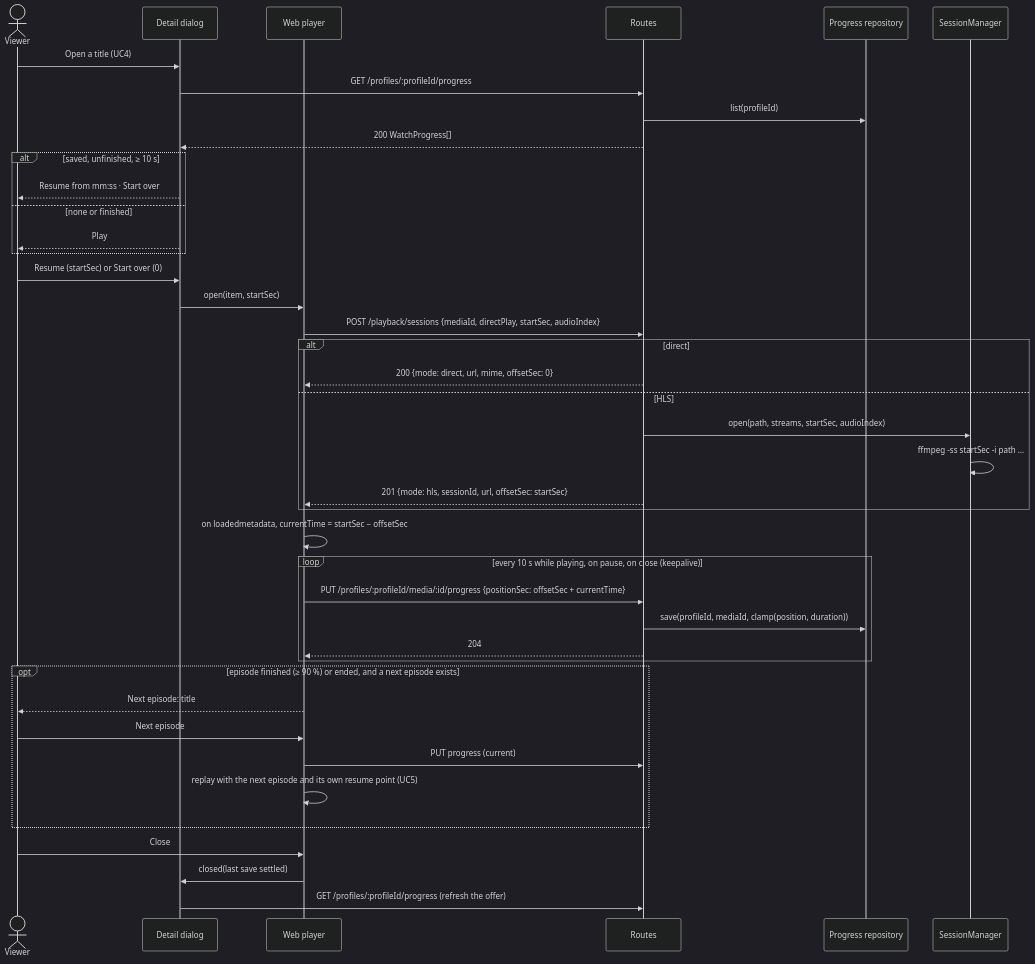
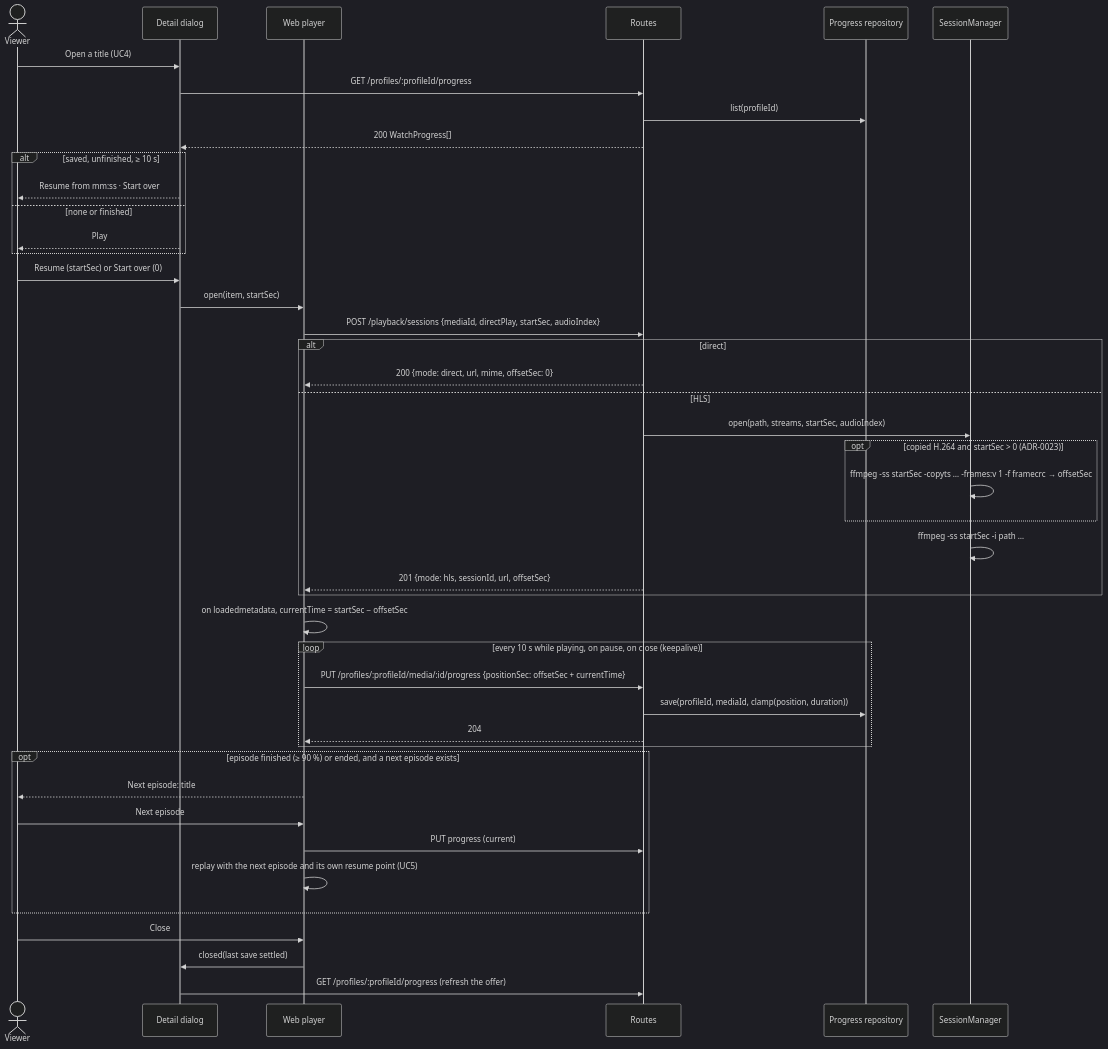
The diagram in docs/architecture/diagrams/playback/02-sequence-resume-a-title.md (benoit-bremaud/popcorntv), drawn with Mermaid (dark theme) before and after one commit. The commit also changed other lines of this file and 21 other files, not shown here.

First line of the commit message:
fix(playback): measure the copied resume start with FFmpeg's own seek

````diff
--- a/docs/architecture/diagrams/playback/02-sequence-resume-a-title.md
+++ b/docs/architecture/diagrams/playback/02-sequence-resume-a-title.md
@@ -15,44 +15,47 @@
 ```mermaid
 sequenceDiagram
   actor V as Viewer
   participant D as Detail dialog
   participant P as Web player
   participant API as Routes
   participant PR as Progress repository
   participant SM as SessionManager
 
   V->>D: Open a title (UC4)
   D->>API: GET /profiles/:profileId/progress
   API->>PR: list(profileId)
   API-->>D: 200 WatchProgress[]
   alt saved, unfinished, ≥ 10 s
     D-->>V: Resume from mm:ss · Start over
   else none or finished
     D-->>V: Play
   end
   V->>D: Resume (startSec) or Start over (0)
   D->>P: open(item, startSec)
   P->>API: POST /playback/sessions {mediaId, directPlay, startSec, audioIndex}
   alt direct
     API-->>P: 200 {mode: direct, url, mime, offsetSec: 0}
   else HLS
     API->>SM: open(path, streams, startSec, audioIndex)
+    opt copied H.264 and startSec > 0 (ADR-0023)
+      SM->>SM: ffmpeg -ss startSec -copyts … -frames:v 1 -f framecrc → offsetSec
+    end
     SM->>SM: ffmpeg -ss startSec -i path …
-    API-->>P: 201 {mode: hls, sessionId, url, offsetSec: startSec}
+    API-->>P: 201 {mode: hls, sessionId, url, offsetSec}
   end
   P->>P: on loadedmetadata, currentTime = startSec − offsetSec
   loop every 10 s while playing, on pause, on close (keepalive)
     P->>API: PUT /profiles/:profileId/media/:id/progress {positionSec: offsetSec + currentTime}
     API->>PR: save(profileId, mediaId, clamp(position, duration))
     API-->>P: 204
   end
   opt episode finished (≥ 90 %) or ended, and a next episode exists
     P-->>V: Next episode: title
     V->>P: Next episode
     P->>API: PUT progress (current)
     P->>P: replay with the next episode and its own resume point (UC5)
   end
   V->>P: Close
   P->>D: closed(last save settled)
   D->>API: GET /profiles/:profileId/progress (refresh the offer)
 ```
````
